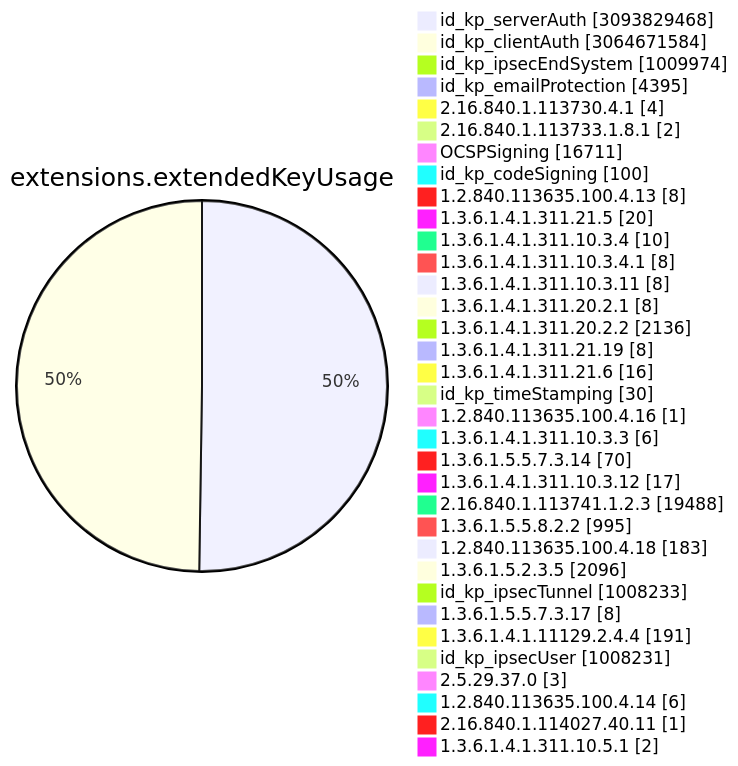
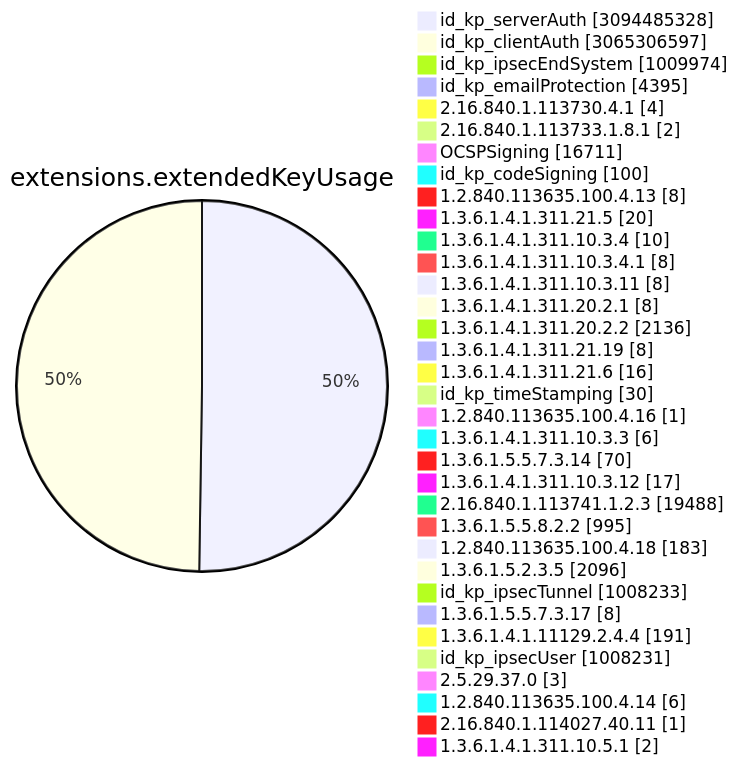
One commit to christiankrug/ctmonitor_visualization changed diagram 11 of 15 in TOTAL/README.md. Above: the diagram before and after it, drawn with Mermaid. The commit also changed other lines of this file, not shown here.

````diff
--- a/TOTAL/README.md
+++ b/TOTAL/README.md
@@ -4119,38 +4119,38 @@
 ```mermaid
 pie showData
 title extensions.extendedKeyUsage
-"id_kp_serverAuth" :3093829468
-"id_kp_clientAuth" :3064671584
+"id_kp_serverAuth" :3094485328
+"id_kp_clientAuth" :3065306597
 "id_kp_ipsecEndSystem" :1009974
 "id_kp_emailProtection" :4395
 "2.16.840.1.113730.4.1" :4
 "2.16.840.1.113733.1.8.1" :2
 "OCSPSigning" :16711
 "id_kp_codeSigning" :100
 "1.2.840.113635.100.4.13" :8
 "1.3.6.1.4.1.311.21.5" :20
 "1.3.6.1.4.1.311.10.3.4" :10
 "1.3.6.1.4.1.311.10.3.4.1" :8
 "1.3.6.1.4.1.311.10.3.11" :8
 "1.3.6.1.4.1.311.20.2.1" :8
 "1.3.6.1.4.1.311.20.2.2" :2136
 "1.3.6.1.4.1.311.21.19" :8
 "1.3.6.1.4.1.311.21.6" :16
 "id_kp_timeStamping" :30
 "1.2.840.113635.100.4.16" :1
 "1.3.6.1.4.1.311.10.3.3" :6
 "1.3.6.1.5.5.7.3.14" :70
 "1.3.6.1.4.1.311.10.3.12" :17
 "2.16.840.1.113741.1.2.3" :19488
 "1.3.6.1.5.5.8.2.2" :995
 "1.2.840.113635.100.4.18" :183
 "1.3.6.1.5.2.3.5" :2096
 "id_kp_ipsecTunnel" :1008233
 "1.3.6.1.5.5.7.3.17" :8
 "1.3.6.1.4.1.11129.2.4.4" :191
 "id_kp_ipsecUser" :1008231
 "2.5.29.37.0" :3
 "1.2.840.113635.100.4.14" :6
 "2.16.840.1.114027.40.11" :1
 "1.3.6.1.4.1.311.10.5.1" :2
 ```
````
